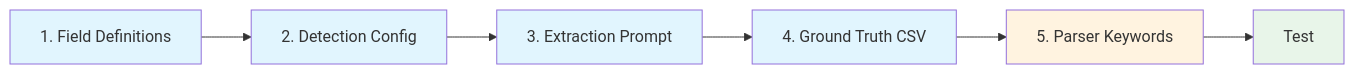
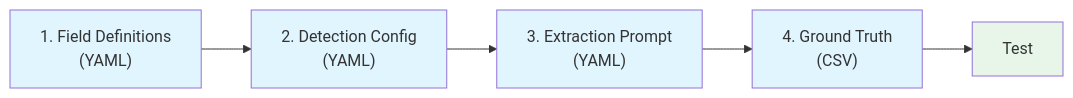
The sixth of 7 diagrams in docs/CONFIG_DRIVEN_DISPATCH.md (tmnestor/LMM_POC), drawn with Mermaid before and after one commit. The commit also changed other lines of this file and 4 other files, not shown here.

Commit message:
feat: Enhance document type detection by implementing YAML-driven fallback keywords and dynamic extraction routing

````diff
--- a/docs/CONFIG_DRIVEN_DISPATCH.md
+++ b/docs/CONFIG_DRIVEN_DISPATCH.md
@@ -279,15 +312,13 @@
 ```mermaid
 flowchart LR
-    A["1. Field Definitions"] --> B["2. Detection Config"]
-    B --> C["3. Extraction Prompt"]
-    C --> D["4. Ground Truth CSV"]
-    D --> E["5. Parser Keywords"]
-    E --> F["Test"]
+    A["1. Field Definitions\n(YAML)"] --> B["2. Detection Config\n(YAML)"]
+    B --> C["3. Extraction Prompt\n(YAML)"]
+    C --> D["4. Ground Truth\n(CSV)"]
+    D --> E["Test"]
 
     style A fill:#e1f5fe
     style B fill:#e1f5fe
     style C fill:#e1f5fe
     style D fill:#e1f5fe
-    style E fill:#fff3e0
-    style F fill:#e8f5e9
+    style E fill:#e8f5e9
 ```
````
